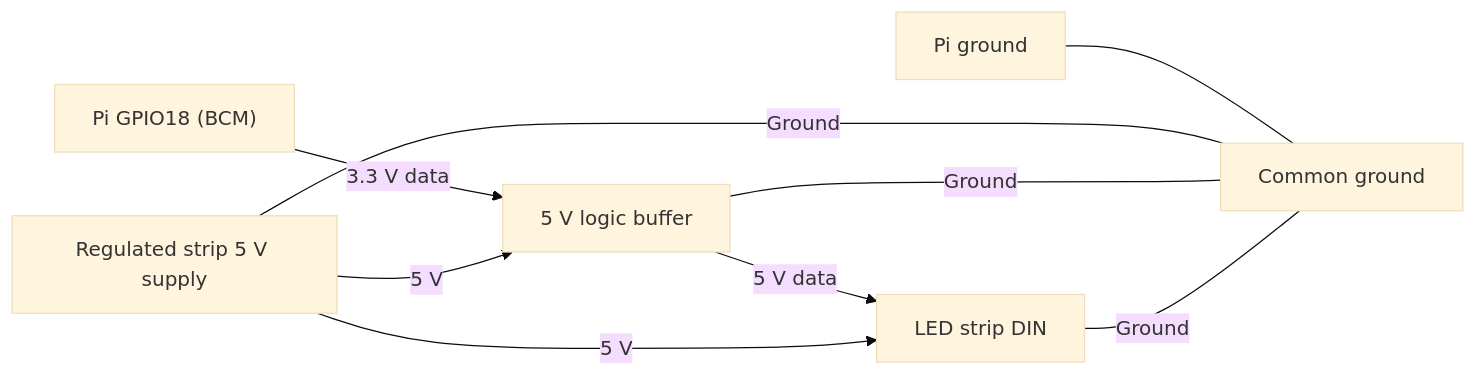
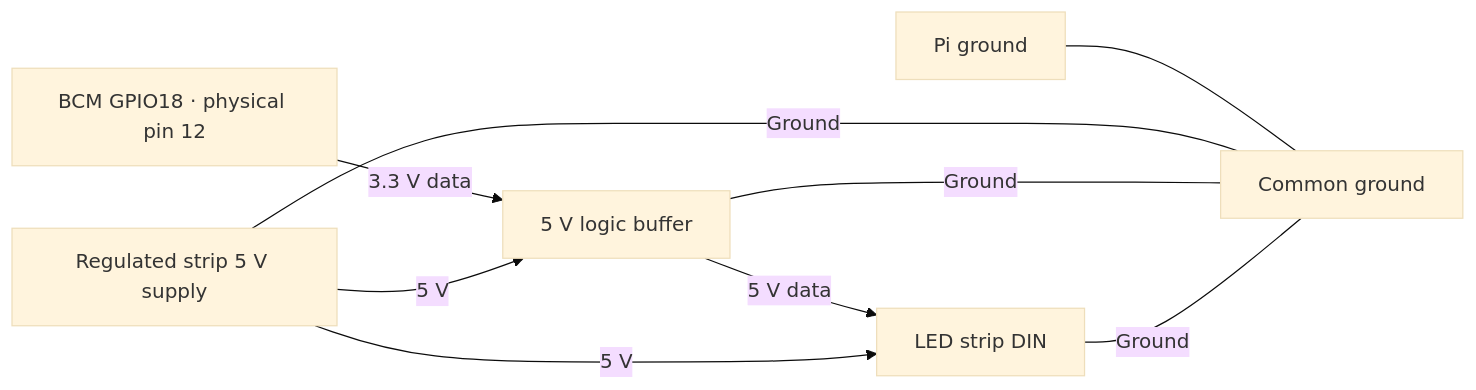
One commit to jeffhudesman/vacation-ghost changed the diagram in docs/hardware.md. Above: the diagram before and after it, drawn with Mermaid (base theme). The commit also changed other lines of this file and 23 other files, not shown here.

````diff
--- a/docs/hardware.md
+++ b/docs/hardware.md
@@ -37,11 +37,11 @@
 ```mermaid
 flowchart LR
-    Pi["Pi GPIO18 (BCM)"] -->|3.3 V data| Buffer["5 V logic buffer"]
+    Pi["BCM GPIO18 · physical pin 12"] -->|3.3 V data| Buffer["5 V logic buffer"]
     Buffer -->|5 V data| Strip["LED strip DIN"]
     PS["Regulated strip 5 V supply"] -->|5 V| Buffer
     PS -->|5 V| Strip
     PG["Pi ground"] --- G["Common ground"]
     PS ---|Ground| G
     Buffer ---|Ground| G
     Strip ---|Ground| G
 ```
````
